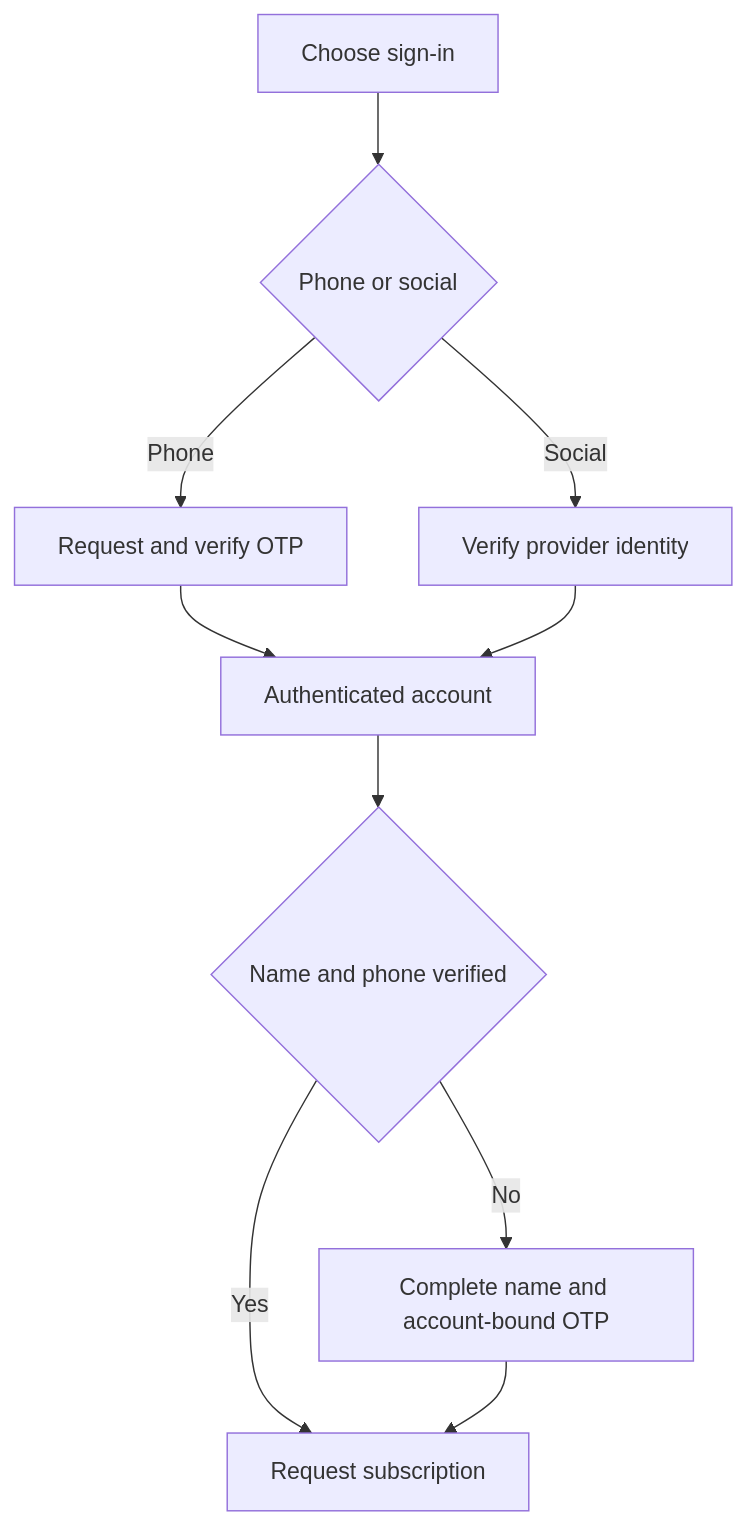
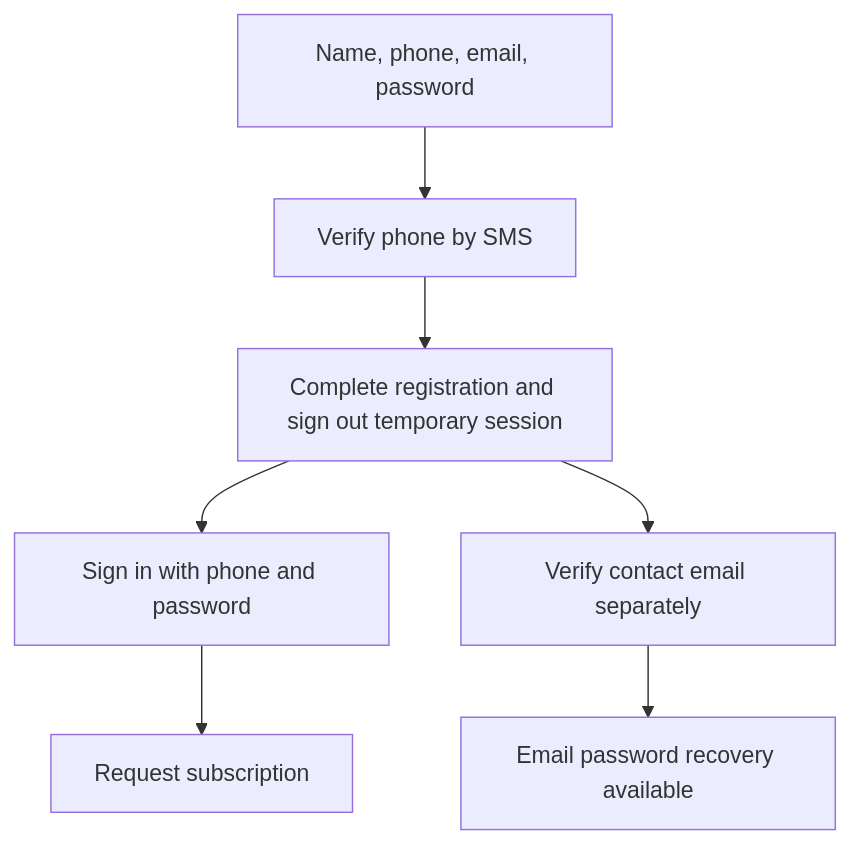
One commit to TROTXI/mobility-core changed the diagram in docs/features/authentication.md. Above: the diagram before and after it, drawn with Mermaid. The commit also changed other lines of this file and 58 other files, not shown here.

First line of the commit message:
Commuter phone and password signup with verified contact email (#446)

````diff
--- a/docs/features/authentication.md
+++ b/docs/features/authentication.md
@@ -141,12 +166,9 @@
 ```mermaid
 flowchart TD
-  entry["Choose sign-in"] --> method{"Phone or social"}
-  method -->|"Phone"| loginCode["Request and verify OTP"]
-  method -->|"Social"| social["Verify provider identity"]
-  loginCode --> session["Authenticated account"]
-  social --> session
-  session --> eligible{"Name and phone verified"}
-  eligible -->|"Yes"| request["Request subscription"]
-  eligible -->|"No"| profile["Complete name and account-bound OTP"]
-  profile --> request
+  signup["Name, phone, email, password"] --> otp["Verify phone by SMS"]
+  otp --> register["Complete registration and sign out temporary session"]
+  register --> login["Sign in with phone and password"]
+  login --> request["Request subscription"]
+  register --> contact["Verify contact email separately"]
+  contact --> recovery["Email password recovery available"]
 ```
````
